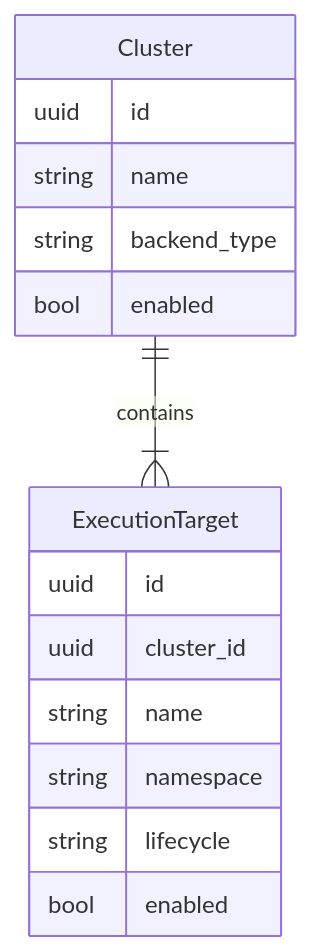
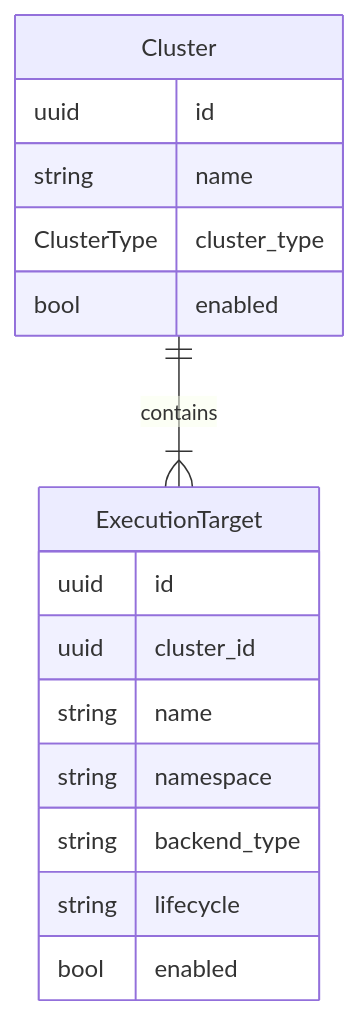
Before and after one commit to syntara-orchestration/syntara: the first of 3 diagrams in backend/docs/execution-plane/executiontarget-reconciler.md, drawn with Mermaid. The commit also changed other lines of this file, not shown here.

First line of the commit message:
docs(AAP-92721): key Worker Managers on ExecutionTarget backend type

````diff
--- a/backend/docs/execution-plane/executiontarget-reconciler.md
+++ b/backend/docs/execution-plane/executiontarget-reconciler.md
@@ -62,18 +72,19 @@
 ```mermaid
 erDiagram
     Cluster ||--|{ ExecutionTarget : contains
     Cluster {
         uuid id
         string name
-        string backend_type
+        ClusterType cluster_type
         bool enabled
     }
     ExecutionTarget {
         uuid id
         uuid cluster_id
         string name
         string namespace
+        string backend_type
         string lifecycle
         bool enabled
     }
 ```
````
